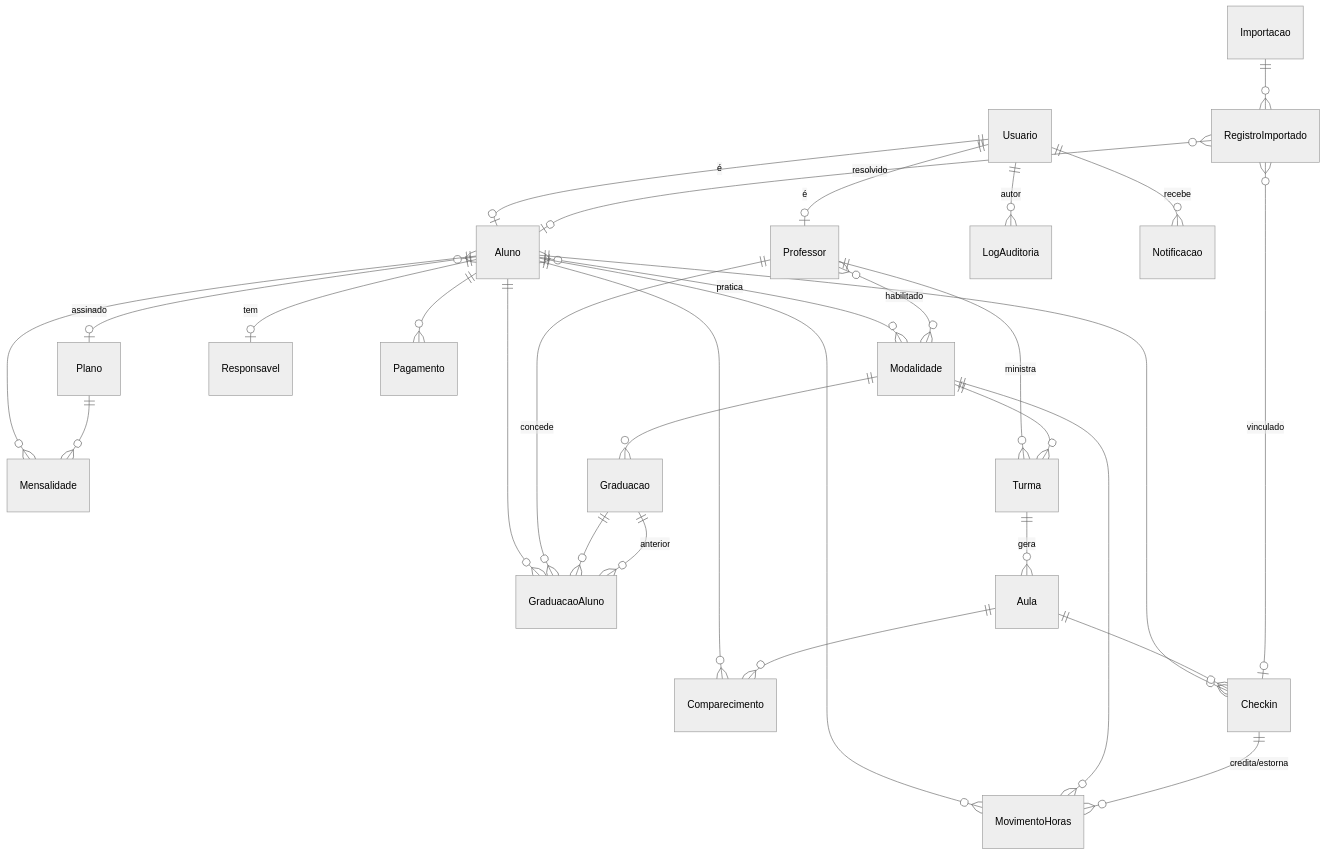
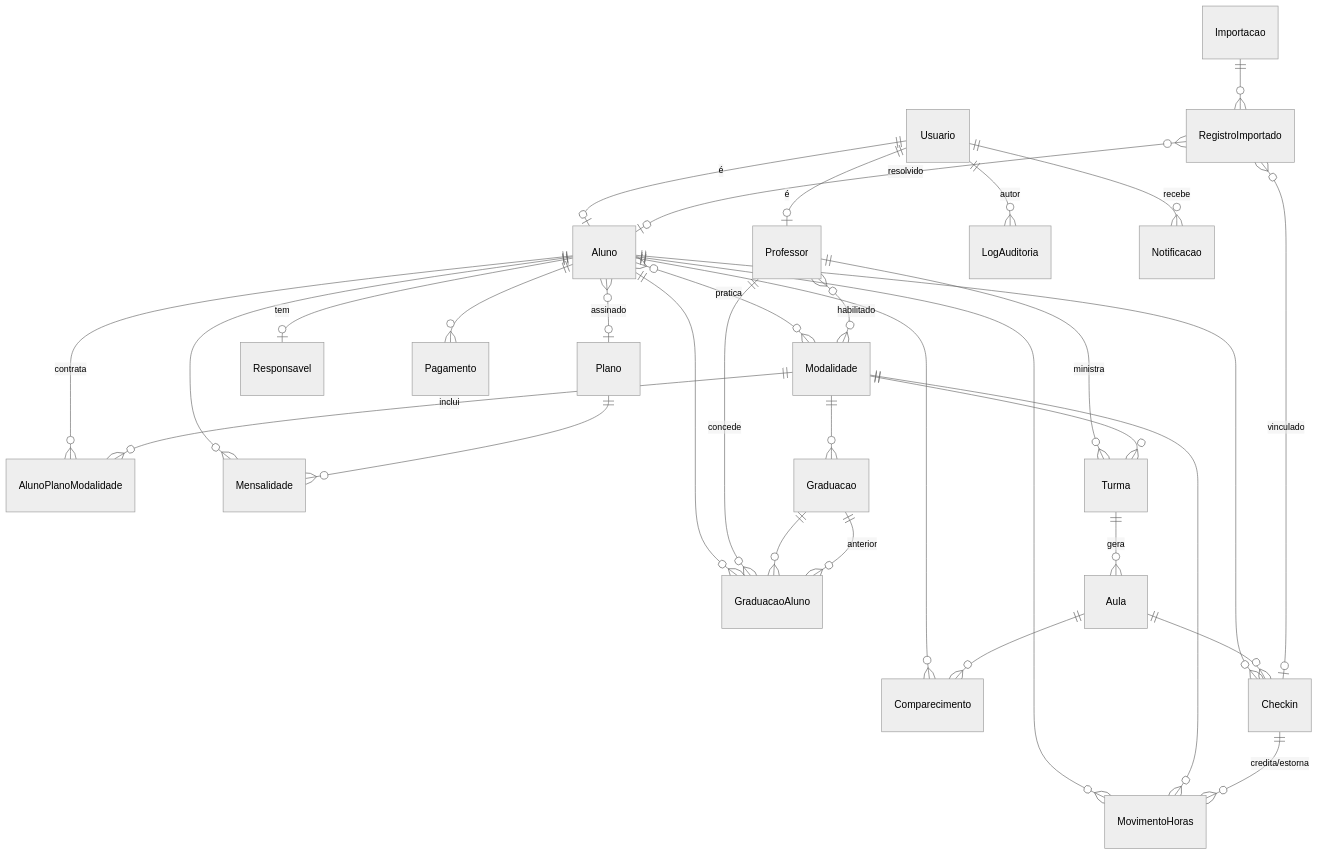
One commit to OtacilioN/sistema-ecvo changed the diagram in docs/modelo-dados.md. Above: the diagram before and after it, drawn with Mermaid (neutral theme). The commit also changed other lines of this file and 38 other files, not shown here.

````diff
--- a/docs/modelo-dados.md
+++ b/docs/modelo-dados.md
@@ -27,38 +28,40 @@
 ```mermaid
 erDiagram
   Usuario ||--o| Aluno : "é"
   Usuario ||--o| Professor : "é"
   Usuario ||--o{ LogAuditoria : "autor"
   Usuario ||--o{ Notificacao : "recebe"
 
   Aluno }o--o| Plano : "assinado"
+  Aluno ||--o{ AlunoPlanoModalidade : "contrata"
+  Modalidade ||--o{ AlunoPlanoModalidade : "inclui"
   Aluno }o--o{ Modalidade : "pratica"
   Aluno ||--o| Responsavel : "tem"
   Aluno ||--o{ Comparecimento : ""
   Aluno ||--o{ Checkin : ""
   Aluno ||--o{ MovimentoHoras : ""
   Aluno ||--o{ GraduacaoAluno : ""
   Aluno ||--o{ Mensalidade : ""
   Aluno ||--o{ Pagamento : ""
 
   Professor }o--o{ Modalidade : "habilitado"
   Professor ||--o{ Turma : "ministra"
   Professor ||--o{ GraduacaoAluno : "concede"
 
   Modalidade ||--o{ Turma : ""
   Modalidade ||--o{ Graduacao : ""
   Modalidade ||--o{ MovimentoHoras : ""
   Turma ||--o{ Aula : "gera"
 
   Aula ||--o{ Comparecimento : ""
   Aula ||--o{ Checkin : ""
   Checkin ||--o{ MovimentoHoras : "credita/estorna"
 
   Graduacao ||--o{ GraduacaoAluno : ""
   Graduacao ||--o{ GraduacaoAluno : "anterior"
   Plano ||--o{ Mensalidade : ""
 
   Importacao ||--o{ RegistroImportado : ""
   RegistroImportado }o--o| Aluno : "resolvido"
   RegistroImportado }o--o| Checkin : "vinculado"
 ```
````
